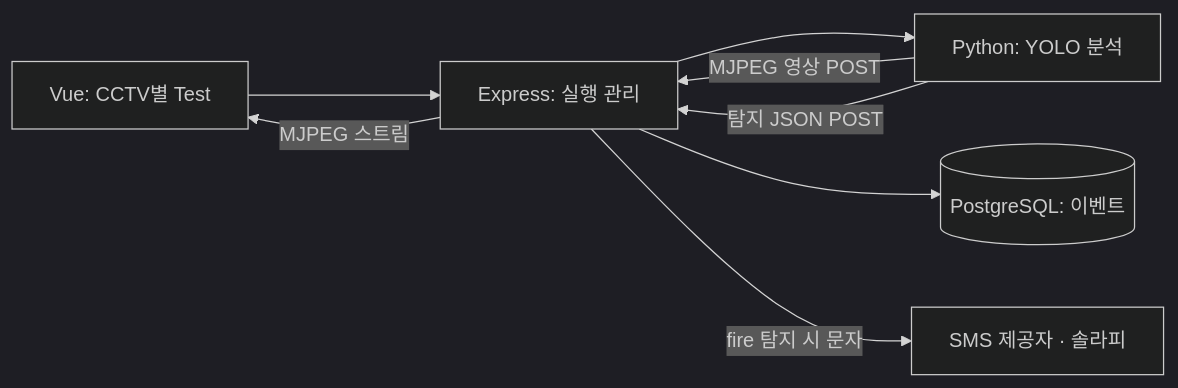
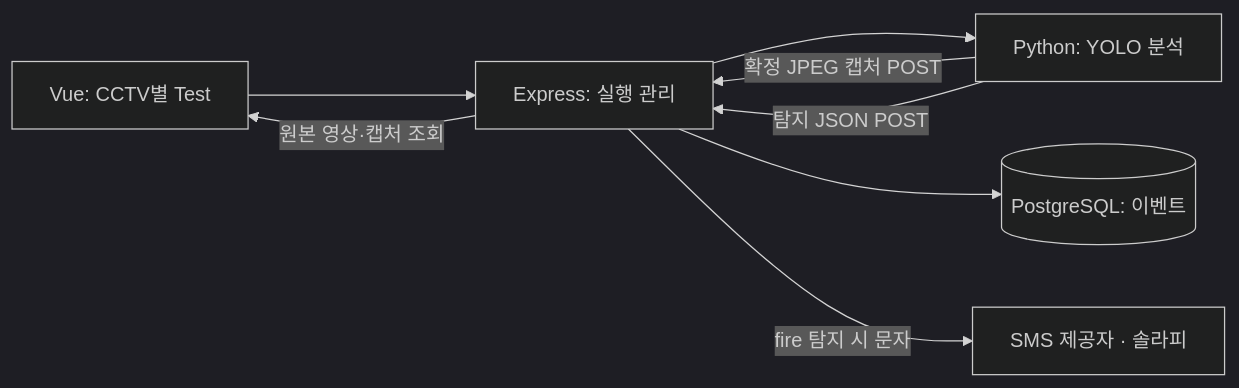
One commit to KNU-FireGuard/wildfire-detection-geolocation changed the diagram in docs/System_architecture.md. Above: the diagram before and after it, drawn with Mermaid (dark theme). The commit also changed other lines of this file and 33 other files, not shown here.

````diff
--- a/docs/System_architecture.md
+++ b/docs/System_architecture.md
@@ -7,10 +7,10 @@
 ```mermaid
 flowchart LR
     F[Vue: CCTV별 Test] --> B[Express: 실행 관리]
     B --> A[Python: YOLO 분석]
-    A -->|MJPEG 영상 POST| B
+    A -->|확정 JPEG 캡처 POST| B
     A -->|탐지 JSON POST| B
-    B -->|MJPEG 스트림| F
+    B -->|원본 영상·캡처 조회| F
     B --> DB[(PostgreSQL: 이벤트)]
     B -->|fire 탐지 시 문자| S[SMS 제공자 · 솔라피]
 ```
````
